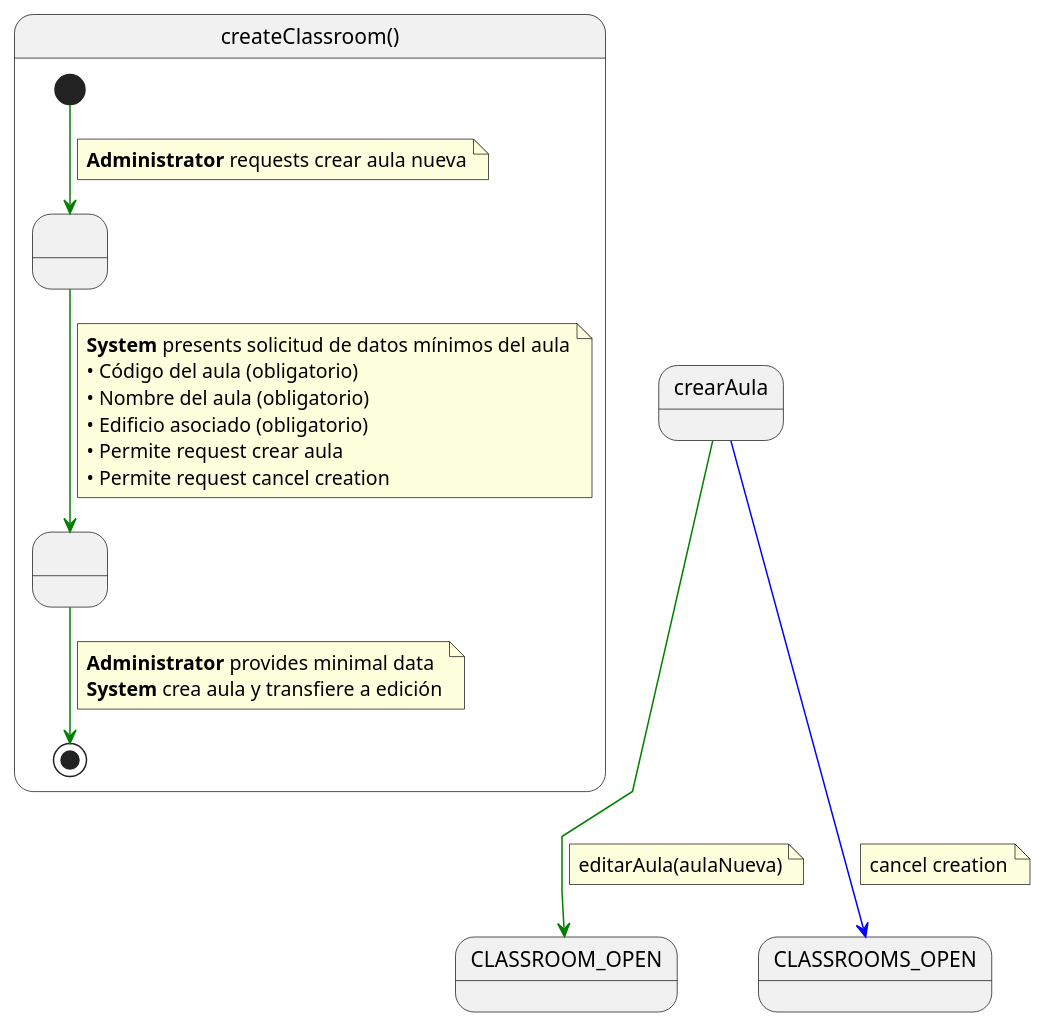
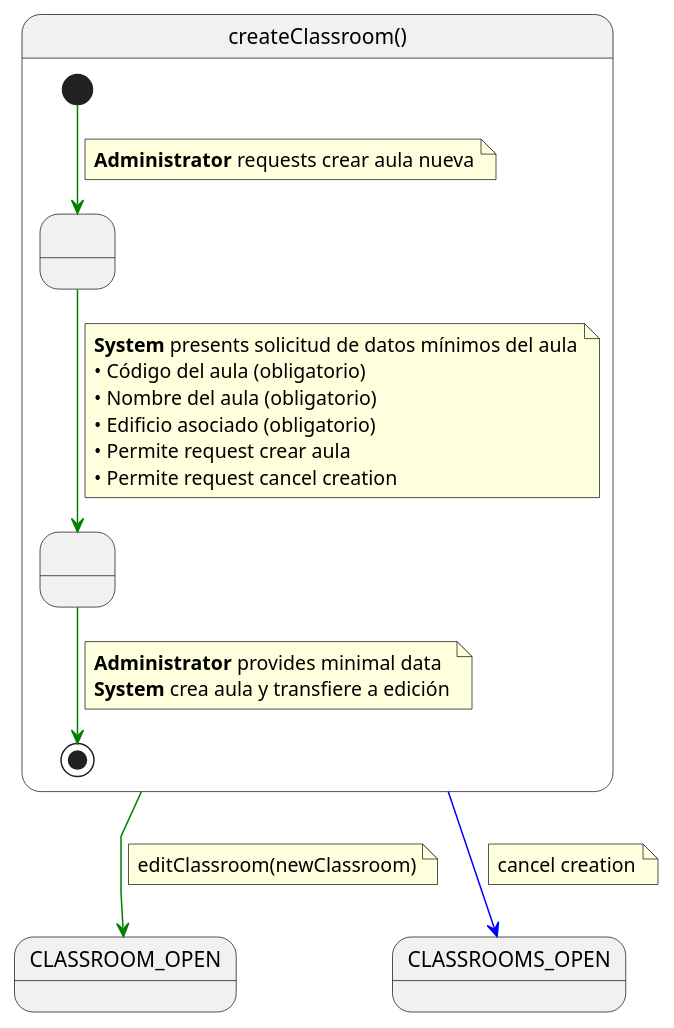
One commit to mmasias/pySigHor changed the diagram in RUP/00-casos-uso/02-detalle/crearAula/especificacion.puml. Above: the diagram before and after it, drawn with PlantUML. The commit also changed 22 other files, not shown here.

```diff
--- a/RUP/00-casos-uso/02-detalle/crearAula/especificacion.puml
+++ b/RUP/00-casos-uso/02-detalle/crearAula/especificacion.puml
@@ -1,42 +1,42 @@
 @startuml createClassroom
 
 skinparam linetype polyline
 
 state createClassroom as "createClassroom()" {
 
     state " " as RequestingData
     state " " as CreatingClassroom
 
     [*] -[#green]-> RequestingData 
     note on link
     <b>Administrator</b> requests crear aula nueva
     end note    
     
     RequestingData -[#green]-> CreatingClassroom
     note on link
     <b>System</b> presents solicitud de datos mínimos del aula
     • Código del aula (obligatorio)
     • Nombre del aula (obligatorio)
     • Edificio asociado (obligatorio)
     • Permite request crear aula
     • Permite request cancel creation
     end note
     
     CreatingClassroom -[#green]-> [*]
     note on link
     <b>Administrator</b> provides minimal data
     <b>System</b> crea aula y transfiere a edición
     end note
 }
 
-crearAula -[#green]-> CLASSROOM_OPEN
+createClassroom -[#green]-> CLASSROOM_OPEN
 note on link
-editarAula(aulaNueva)
+editClassroom(newClassroom)
 end note
 
-crearAula -[#blue]-> CLASSROOMS_OPEN
+createClassroom -[#blue]-> CLASSROOMS_OPEN
 note on link
 cancel creation
 end note
 
 @enduml
```
